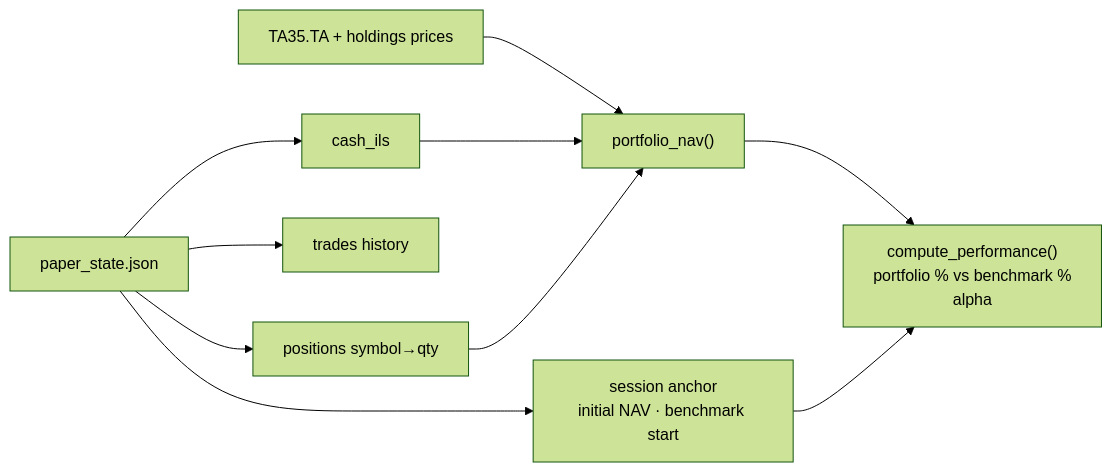
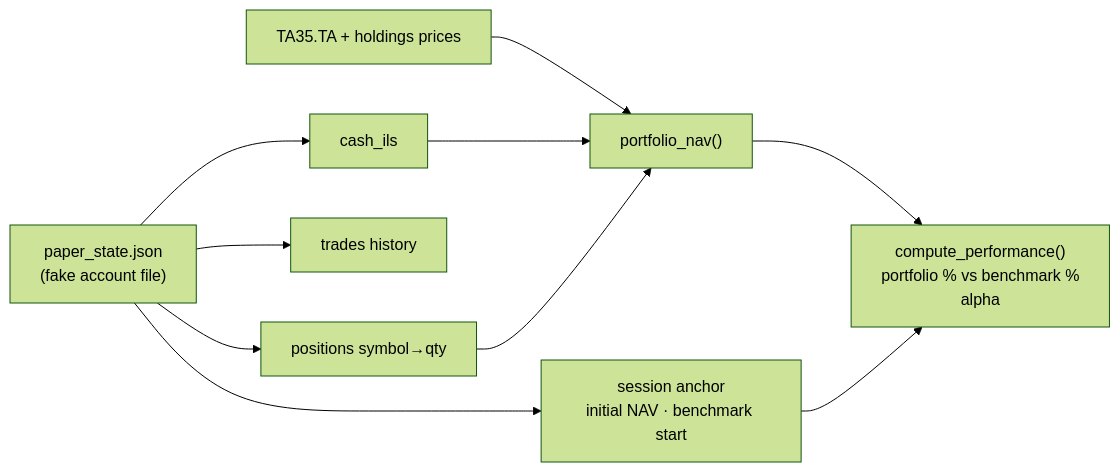
Before and after one commit to stavhaco/finance: the ninth of 14 diagrams in docs/SYSTEM_FLOW.md, drawn with Mermaid (forest theme). The commit also changed other lines of this file and 1 other file, not shown here.

````diff
--- a/docs/SYSTEM_FLOW.md
+++ b/docs/SYSTEM_FLOW.md
@@ -264,15 +452,15 @@
 ```mermaid
 flowchart LR
-    STATE["paper_state.json"]
+    STATE["paper_state.json<br/>(fake account file)"]
     STATE --> CASH["cash_ils"]
     STATE --> POS["positions symbol→qty"]
     STATE --> TRADES["trades history"]
     STATE --> SESS["session anchor<br/>initial NAV · benchmark start"]
 
     YF2["TA35.TA + holdings prices"] --> NAV["portfolio_nav()"]
     CASH --> NAV
     POS --> NAV
 
     NAV --> PERF["compute_performance()<br/>portfolio % vs benchmark %<br/>alpha"]
     SESS --> PERF
 ```
````
